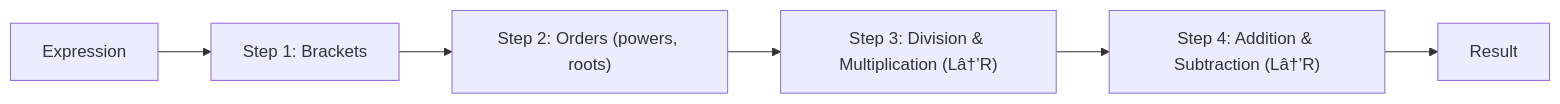
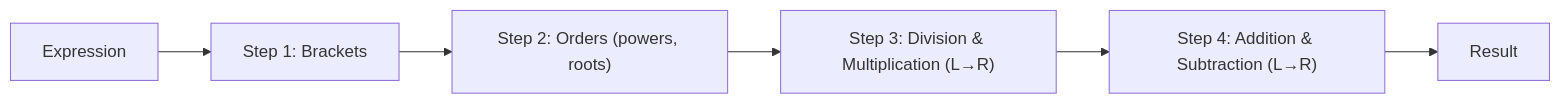
The second of 8 diagrams in docs/courses/quantitative-aptitude/05-quadratic-equations-simplification.md (Raushan666java/ai-engineering-journey), drawn with Mermaid before and after one commit. The commit also changed other lines of this file and 965 other files, not shown here.

````diff
--- a/docs/courses/quantitative-aptitude/05-quadratic-equations-simplification.md
+++ b/docs/courses/quantitative-aptitude/05-quadratic-equations-simplification.md
@@ -203,8 +203,8 @@
 ```mermaid
 flowchart LR
     A["Expression"] --> B["Step 1: Brackets"]
     B --> C["Step 2: Orders (powers, roots)"]
-    C --> D["Step 3: Division & Multiplication (Lâ†’R)"]
-    D --> E["Step 4: Addition & Subtraction (Lâ†’R)"]
+    C --> D["Step 3: Division & Multiplication (L→R)"]
+    D --> E["Step 4: Addition & Subtraction (L→R)"]
     E --> F["Result"]
 ```
````
